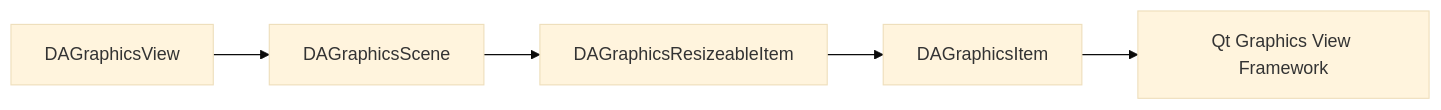
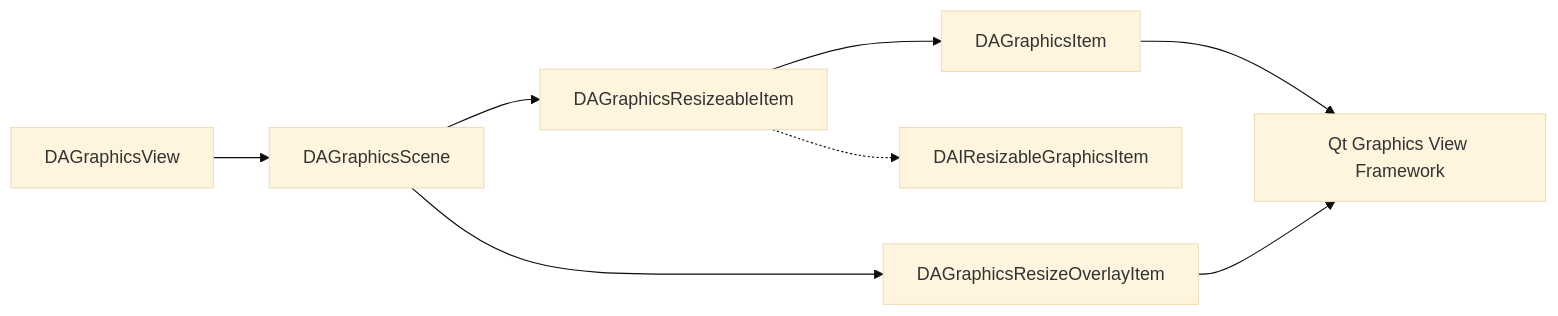
Before and after one commit to czyt1988/data-workbench: the second of 4 diagrams in docs/zh/dev-guide/scalable-graphic-module.md, drawn with Mermaid (base theme). The commit also changed other lines of this file and 2 other files, not shown here.

First line of the commit message:
refactor(overlay): plan-05 - 子类适配和文档更新

````diff
--- a/docs/zh/dev-guide/scalable-graphic-module.md
+++ b/docs/zh/dev-guide/scalable-graphic-module.md
@@ -104,7 +131,10 @@
 ```mermaid
 flowchart LR
     A[DAGraphicsView] --> B[DAGraphicsScene]
     B --> C[DAGraphicsResizeableItem]
+    B --> O[DAGraphicsResizeOverlayItem]
     C --> D[DAGraphicsItem]
+    C -.-> I[DAIResizableGraphicsItem]
     D --> E[Qt Graphics View Framework]
+    O --> E
 ```
````
